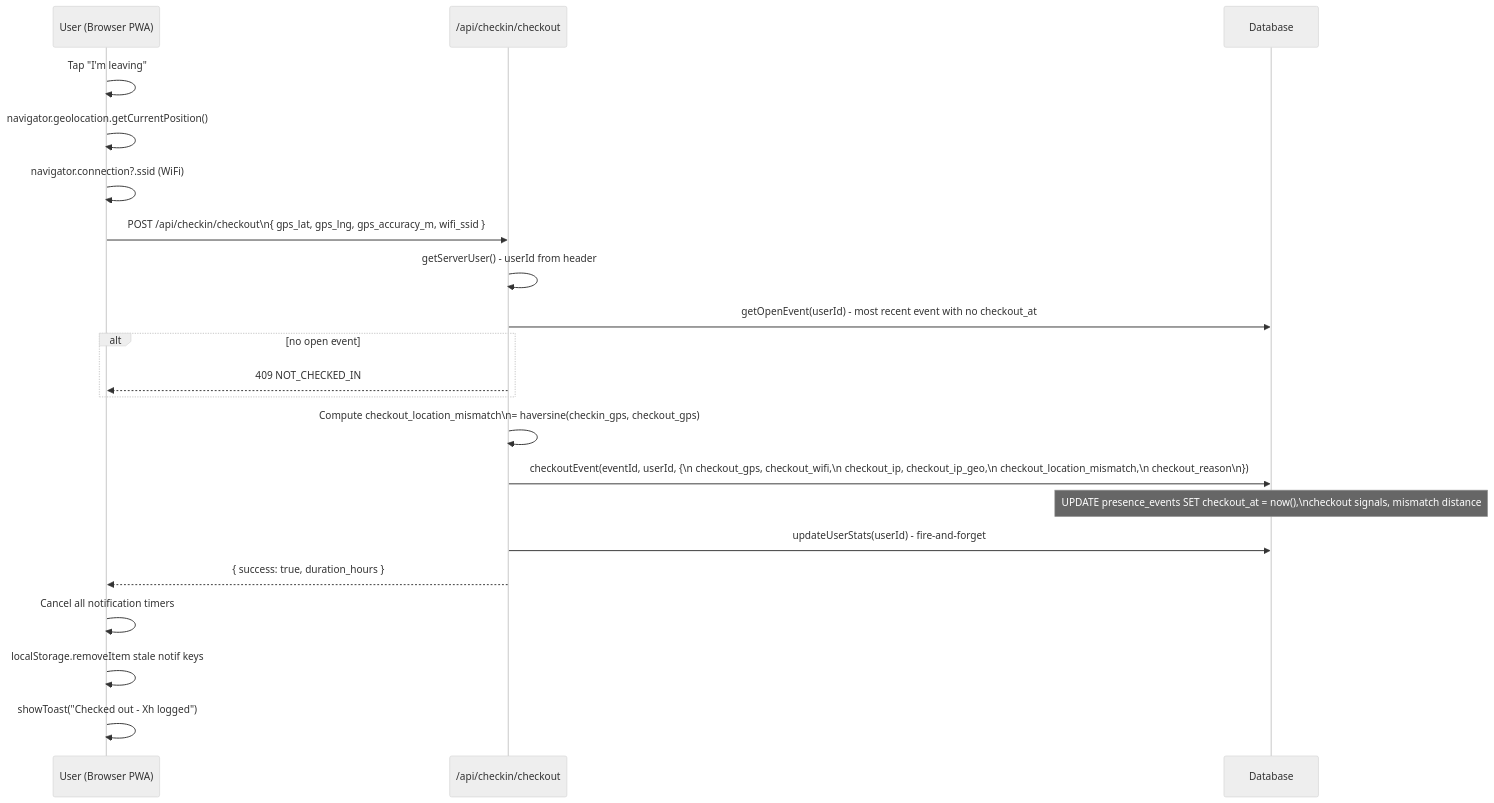
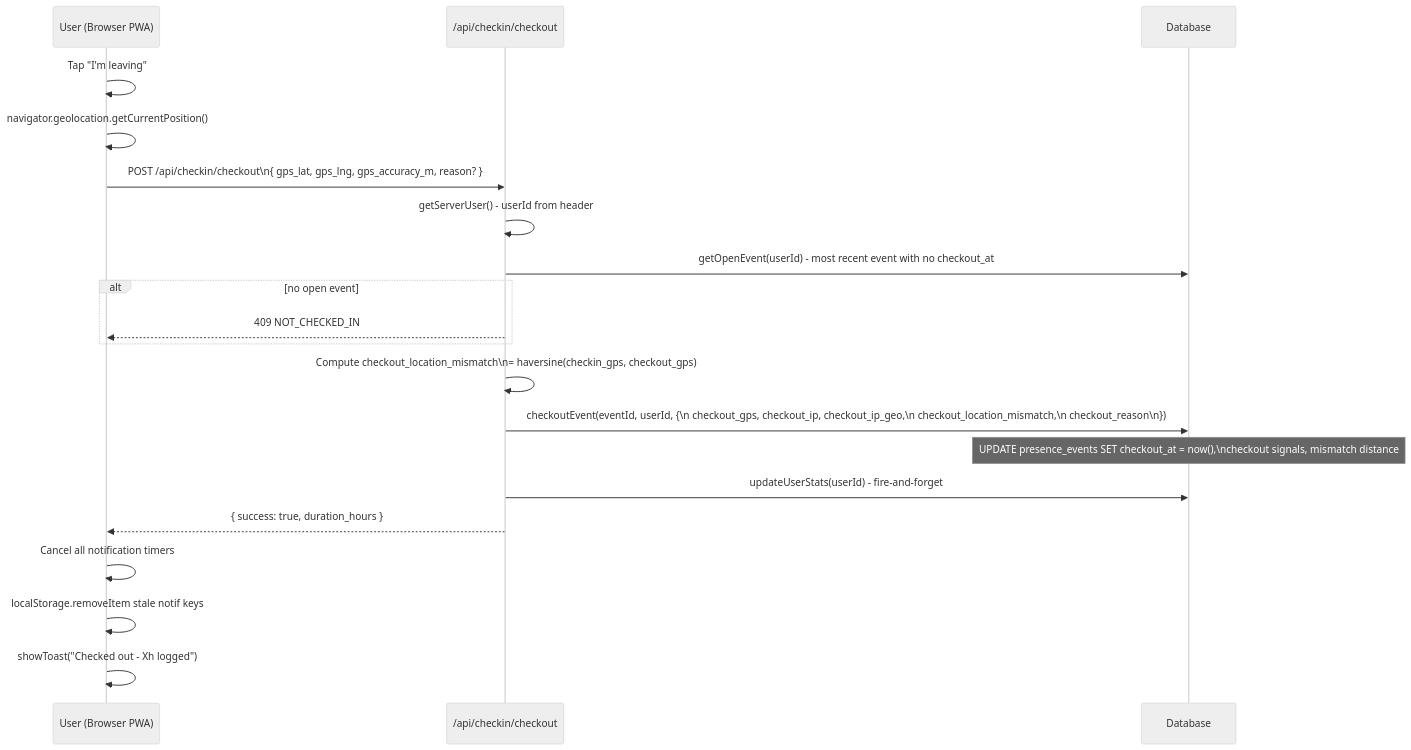
The second of 6 diagrams in docs/architecture/checkin-flow.md (ksharma20/checkmark), drawn with Mermaid (neutral theme) before and after one commit. The commit also changed other lines of this file and 296 other files, not shown here.

````diff
--- a/docs/architecture/checkin-flow.md
+++ b/docs/architecture/checkin-flow.md
@@ -64,31 +69,30 @@
 ```mermaid
 sequenceDiagram
   participant U as User (Browser PWA)
   participant API as /api/checkin/checkout
   participant DB as Database
 
   U->>U: Tap "I'm leaving"
   U->>U: navigator.geolocation.getCurrentPosition()
-  U->>U: navigator.connection?.ssid (WiFi)
 
-  U->>API: POST /api/checkin/checkout\n{ gps_lat, gps_lng, gps_accuracy_m, wifi_ssid }
+  U->>API: POST /api/checkin/checkout\n{ gps_lat, gps_lng, gps_accuracy_m, reason? }
 
   API->>API: getServerUser() - userId from header
 
   API->>DB: getOpenEvent(userId) - most recent event with no checkout_at
   alt no open event
     API-->>U: 409 NOT_CHECKED_IN
   end
 
   API->>API: Compute checkout_location_mismatch\n= haversine(checkin_gps, checkout_gps)
 
-  API->>DB: checkoutEvent(eventId, userId, {\n  checkout_gps, checkout_wifi,\n  checkout_ip, checkout_ip_geo,\n  checkout_location_mismatch,\n  checkout_reason\n})
+  API->>DB: checkoutEvent(eventId, userId, {\n  checkout_gps, checkout_ip, checkout_ip_geo,\n  checkout_location_mismatch,\n  checkout_reason\n})
   Note over DB: UPDATE presence_events SET checkout_at = now(),\ncheckout signals, mismatch distance
 
   API->>DB: updateUserStats(userId) - fire-and-forget
   API-->>U: { success: true, duration_hours }
 
   U->>U: Cancel all notification timers
   U->>U: localStorage.removeItem stale notif keys
   U->>U: showToast("Checked out - Xh logged")
 ```
````
